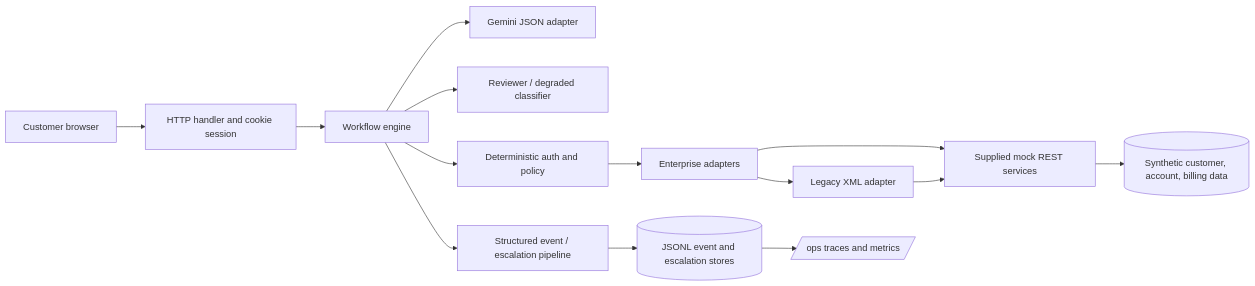
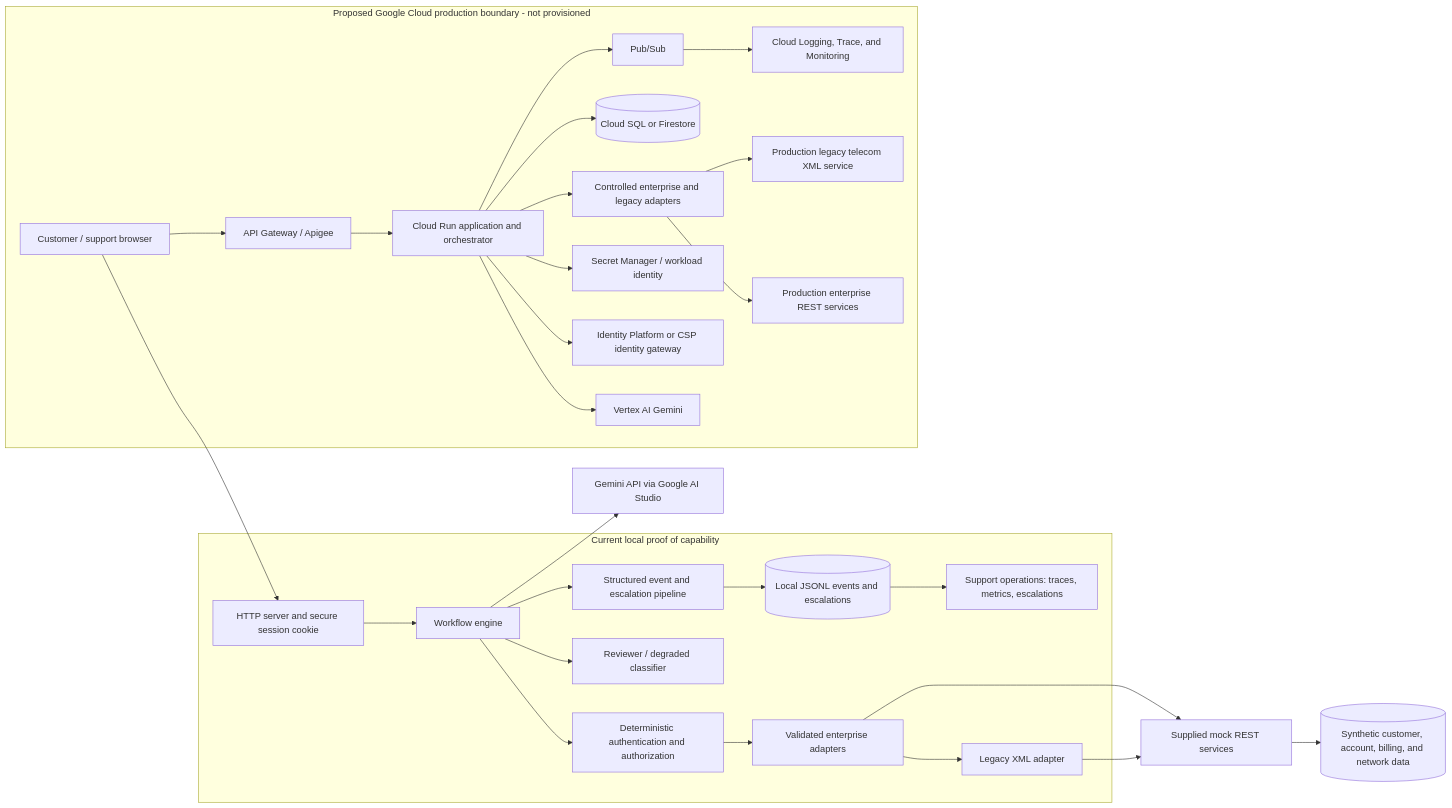
Before and after one commit to tanushreemishra123-rgb/Enterprise-AI-Customer-Experience: the diagram in docs/architecture.md, drawn with Mermaid. The commit also changed other lines of this file and 25 other files, not shown here.

````diff
--- a/docs/architecture.md
+++ b/docs/architecture.md
@@ -3,16 +5,54 @@
 ```mermaid
 flowchart LR
-  C[Customer browser] --> W[HTTP handler and cookie session]
-  W --> O[Workflow engine]
-  O --> G[Gemini JSON adapter]
-  O --> Z[Reviewer / degraded classifier]
-  O --> A[Deterministic auth and policy]
-  A --> T[Enterprise adapters]
-  T --> M[Supplied mock REST services]
-  T --> L[Legacy XML adapter]
-  M --> D[(Synthetic customer, account, billing data)]
+  C[Customer / support browser]
+
+  subgraph LOCAL[Current local proof of capability]
+    W[HTTP server and secure session cookie]
+    O[Workflow engine]
+    A[Deterministic authentication and authorization]
+    T[Validated enterprise adapters]
+    L[Legacy XML adapter]
+    Z[Reviewer / degraded classifier]
+    E[Structured event and escalation pipeline]
+    F[(Local JSONL events and escalations)]
+    V[Support operations: traces, metrics, escalations]
+    W --> O
+    O --> A
+    A --> T
+    T --> L
+    O --> Z
+    O --> E --> F --> V
+  end
+
+  G[Gemini API via Google AI Studio]
+  M[Supplied mock REST services]
+  D[(Synthetic customer, account, billing, and network data)]
+  C --> W
+  O --> G
+  T --> M --> D
   L --> M
-  O --> E[Structured event / escalation pipeline]
-  E --> F[(JSONL event and escalation stores)]
-  F --> V[/ops traces and metrics/]
+
+  subgraph GCP[Proposed Google Cloud production boundary - not provisioned]
+    EDGE[API Gateway / Apigee]
+    RUN[Cloud Run application and orchestrator]
+    VTX[Vertex AI Gemini]
+    IDP[Identity Platform or CSP identity gateway]
+    SEC[Secret Manager / workload identity]
+    ADAPTER[Controlled enterprise and legacy adapters]
+    DB[(Cloud SQL or Firestore)]
+    BUS[Pub/Sub]
+    OBS[Cloud Logging, Trace, and Monitoring]
+    C --> EDGE --> RUN
+    RUN --> VTX
+    RUN --> IDP
+    RUN --> SEC
+    RUN --> ADAPTER
+    ADAPTER --> ENTERPRISE
+    ADAPTER --> LEGACY
+    RUN --> DB
+    RUN --> BUS --> OBS
+  end
+
+  ENTERPRISE[Production enterprise REST services]
+  LEGACY[Production legacy telecom XML service]
 ```
````
